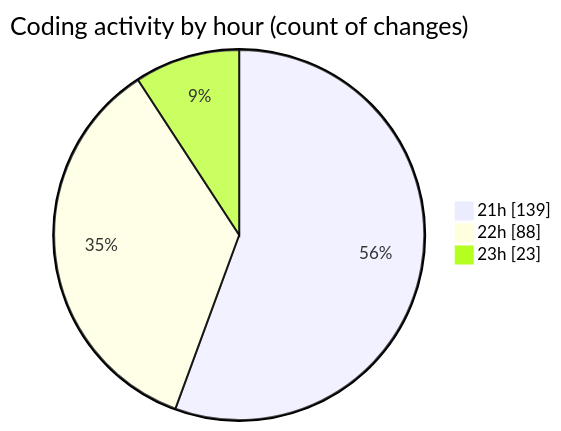
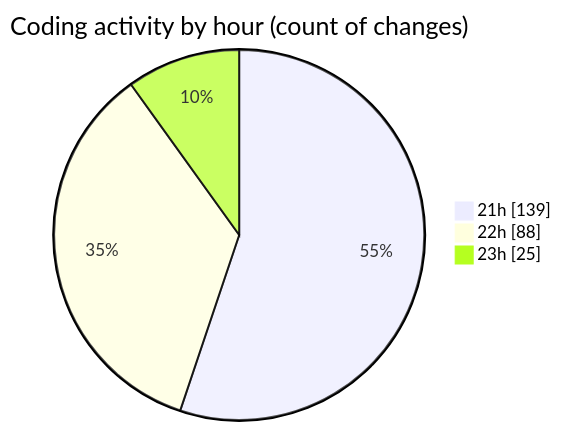
One commit to Ritupan-Deka/code-tracking changed the second of 2 diagrams in 2025-08-03/javascript/README.md. Above: the diagram before and after it, drawn with Mermaid. The commit also changed other lines of this file and 1 other file, not shown here.

````diff
--- a/2025-08-03/javascript/README.md
+++ b/2025-08-03/javascript/README.md
@@ -33,7 +33,7 @@
 ```mermaid
 pie showData
 title Coding activity by hour (count of changes)
 "21h" : 139
 "22h" : 88
-"23h" : 23
+"23h" : 25
 ```
````
